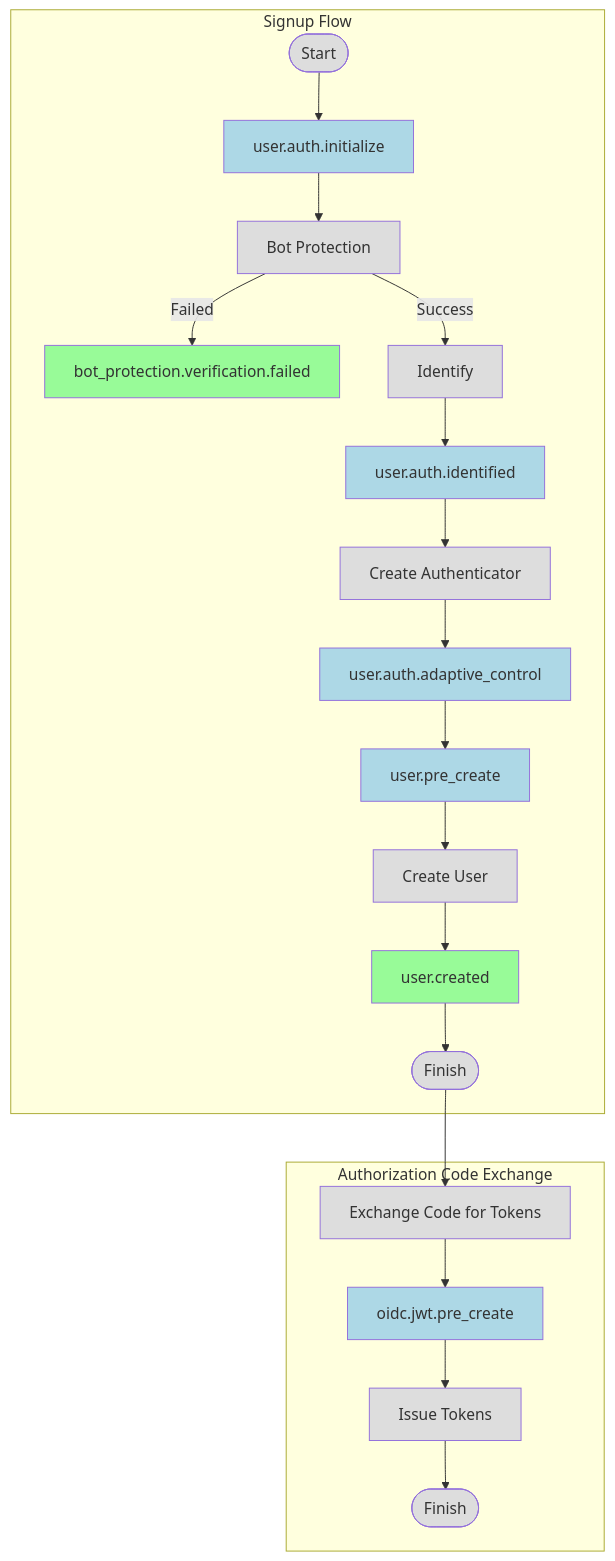
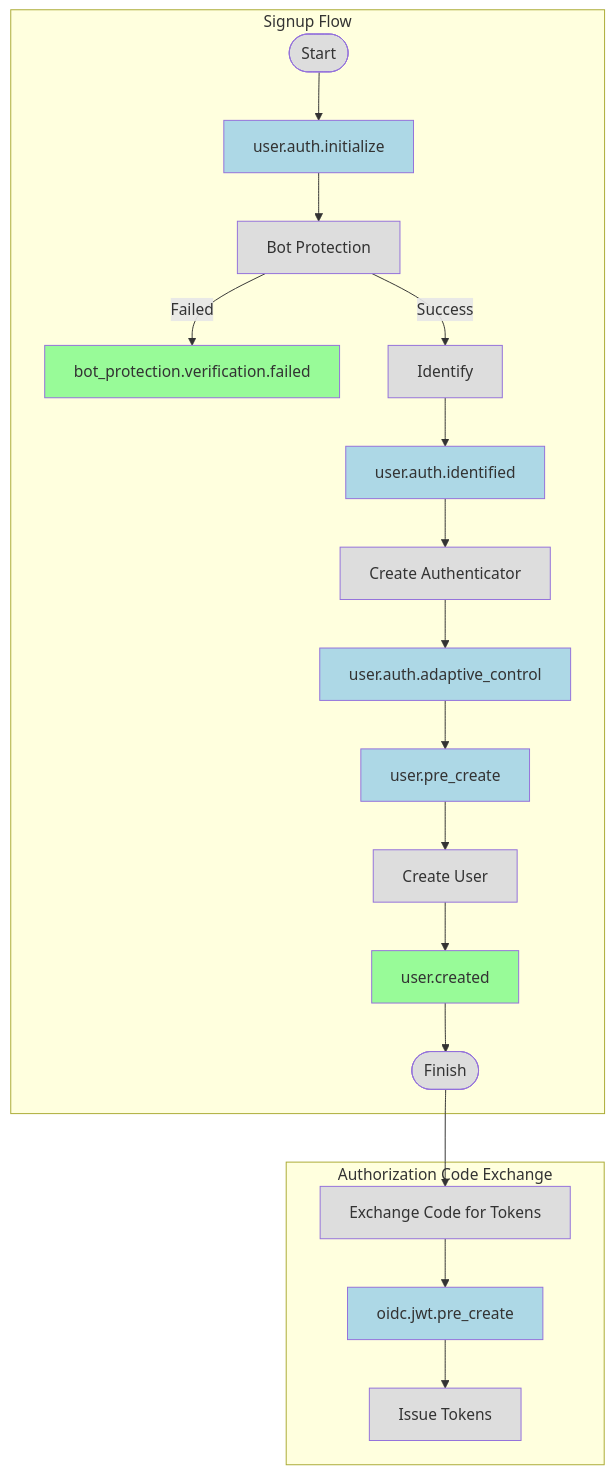
Before and after one commit to authgear/authgear-server: the fourth of 5 diagrams in docs/specs/event.md, drawn with Mermaid. The commit also changed other lines of this file, not shown here.

Commit message:
Fix some incorrect nodes in diagrams

````diff
--- a/docs/specs/event.md
+++ b/docs/specs/event.md
@@ -960,33 +960,32 @@
 ```mermaid
 flowchart TD
     subgraph "Signup Flow"
         Start([Start])
         Start --> UserAuthInitialize[user.auth.initialize]
         UserAuthInitialize --> BotProtection[Bot Protection]
         BotProtection -- "Failed" --> BotProtectionFailed[bot_protection.verification.failed]
         BotProtection -- "Success" --> Identify[Identify]
         Identify --> UserAuthIdentified[user.auth.identified]
         UserAuthIdentified --> CreateAuthenticator[Create Authenticator]
         CreateAuthenticator --> UserAuthAdaptiveControl[user.auth.adaptive_control]
         UserAuthAdaptiveControl --> UserPreCreate[user.pre_create]
         UserPreCreate --> CreateUser[Create User]
         CreateUser --> UserCreated[user.created]
         UserCreated --> FinishSignup([Finish])
     end
 
     subgraph "Authorization Code Exchange"
         ExchangeCode[Exchange Code for Tokens]
         ExchangeCode --> OIDCJWTPreCreate[oidc.jwt.pre_create]
         OIDCJWTPreCreate --> IssueTokens[Issue Tokens]
-        IssueTokens --> FinishAuthCode([Finish])
     end
 
     FinishSignup --> ExchangeCode
 
     classDef event fill:#98FB98
     classDef blockingEvent fill:#ADD8E6
     classDef processNode fill:#dddddd
     class BotProtectionFailed,UserCreated event
     class UserAuthInitialize,UserAuthIdentified,UserAuthAdaptiveControl,UserPreCreate,OIDCJWTPreCreate blockingEvent
-    class Start,BotProtection,Identify,CreateAuthenticator,CreateUser,FinishSignup,ExchangeCode,IssueTokens,FinishAuthCode processNode
+    class Start,BotProtection,Identify,CreateAuthenticator,CreateUser,FinishSignup,ExchangeCode,IssueTokens processNode
 ```
````
